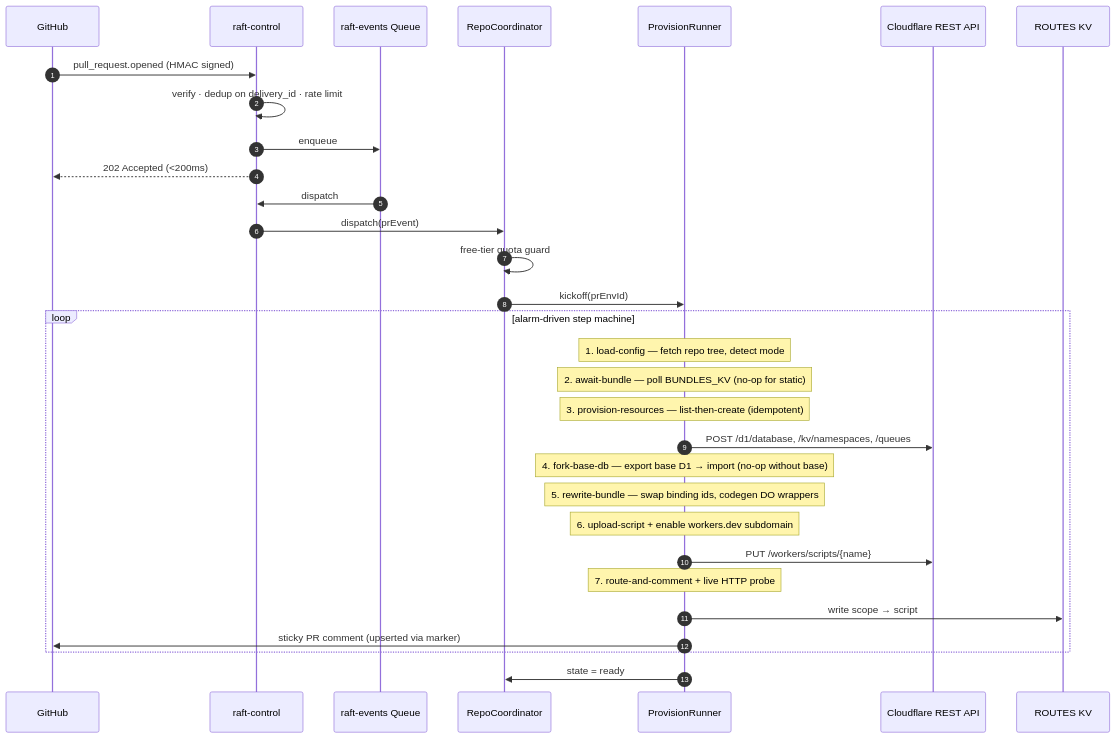
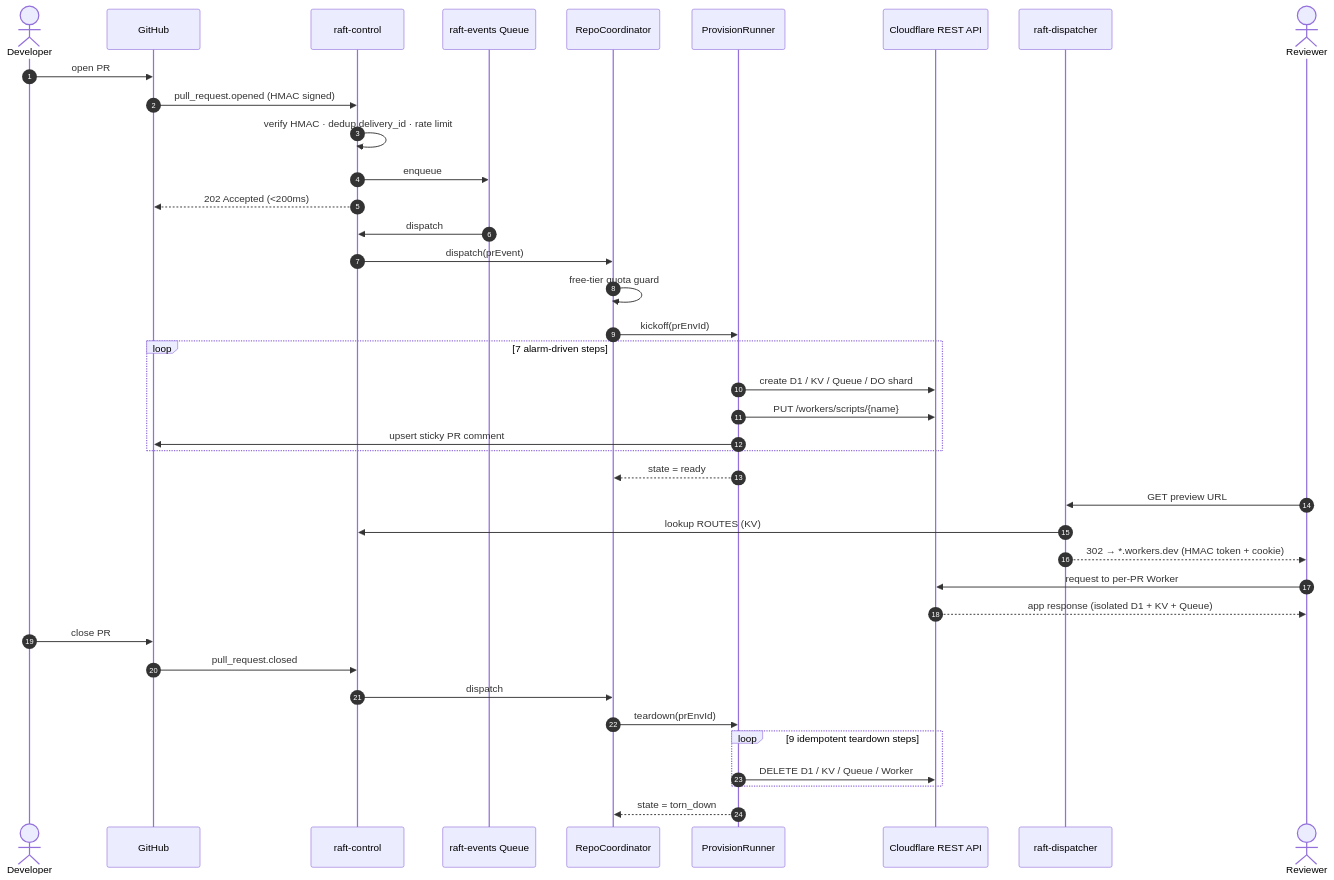
Before and after one commit to Adi-gitX/Rift: the third of 6 diagrams in README.md, drawn with Mermaid. The commit also changed other lines of this file, not shown here.

````diff
--- a/README.md
+++ b/README.md
@@ -97,37 +163,47 @@
 ```mermaid
 sequenceDiagram
   autonumber
+  actor Dev as Developer
   participant GH as GitHub
   participant CTL as raft-control
   participant Q as raft-events Queue
   participant REPO as RepoCoordinator
   participant PROV as ProvisionRunner
   participant CF as Cloudflare REST API
-  participant ROUTES as ROUTES KV
+  participant DISP as raft-dispatcher
+  actor Rev as Reviewer
 
+  Dev->>GH: open PR
   GH->>CTL: pull_request.opened (HMAC signed)
-  CTL->>CTL: verify · dedup on delivery_id · rate limit
+  CTL->>CTL: verify HMAC · dedup delivery_id · rate limit
   CTL->>Q: enqueue
   CTL-->>GH: 202 Accepted (<200ms)
 
   Q->>CTL: dispatch
   CTL->>REPO: dispatch(prEvent)
   REPO->>REPO: free-tier quota guard
   REPO->>PROV: kickoff(prEnvId)
 
-  loop alarm-driven step machine
-    Note over PROV: 1. load-config — fetch repo tree, detect mode
-    Note over PROV: 2. await-bundle — poll BUNDLES_KV (no-op for static)
-    Note over PROV: 3. provision-resources — list-then-create (idempotent)
-    PROV->>CF: POST /d1/database, /kv/namespaces, /queues
-    Note over PROV: 4. fork-base-db — export base D1 → import (no-op without base)
-    Note over PROV: 5. rewrite-bundle — swap binding ids, codegen DO wrappers
-    Note over PROV: 6. upload-script + enable workers.dev subdomain
+  loop 7 alarm-driven steps
+    PROV->>CF: create D1 / KV / Queue / DO shard
     PROV->>CF: PUT /workers/scripts/{name}
-    Note over PROV: 7. route-and-comment + live HTTP probe
-    PROV->>ROUTES: write scope → script
-    PROV->>GH: sticky PR comment (upserted via marker)
+    PROV->>GH: upsert sticky PR comment
   end
 
-  PROV->>REPO: state = ready
+  PROV-->>REPO: state = ready
+
+  Rev->>DISP: GET preview URL
+  DISP->>CTL: lookup ROUTES (KV)
+  DISP-->>Rev: 302 → *.workers.dev (HMAC token + cookie)
+  Rev->>CF: request to per-PR Worker
+  CF-->>Rev: app response (isolated D1 + KV + Queue)
+
+  Dev->>GH: close PR
+  GH->>CTL: pull_request.closed
+  CTL->>REPO: dispatch
+  REPO->>PROV: teardown(prEnvId)
+  loop 9 idempotent teardown steps
+    PROV->>CF: DELETE D1 / KV / Queue / Worker
+  end
+  PROV-->>REPO: state = torn_down
 ```
````
